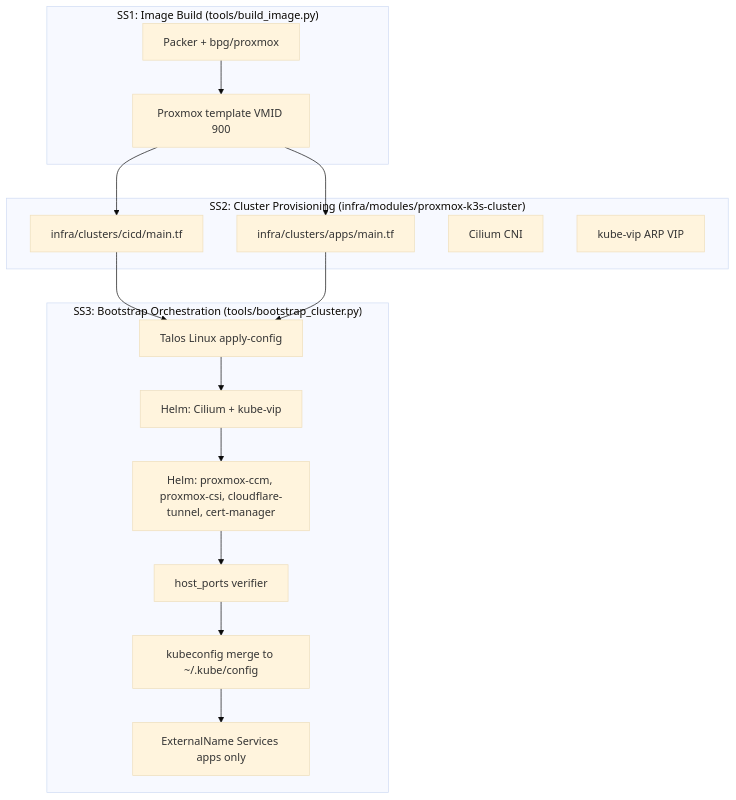
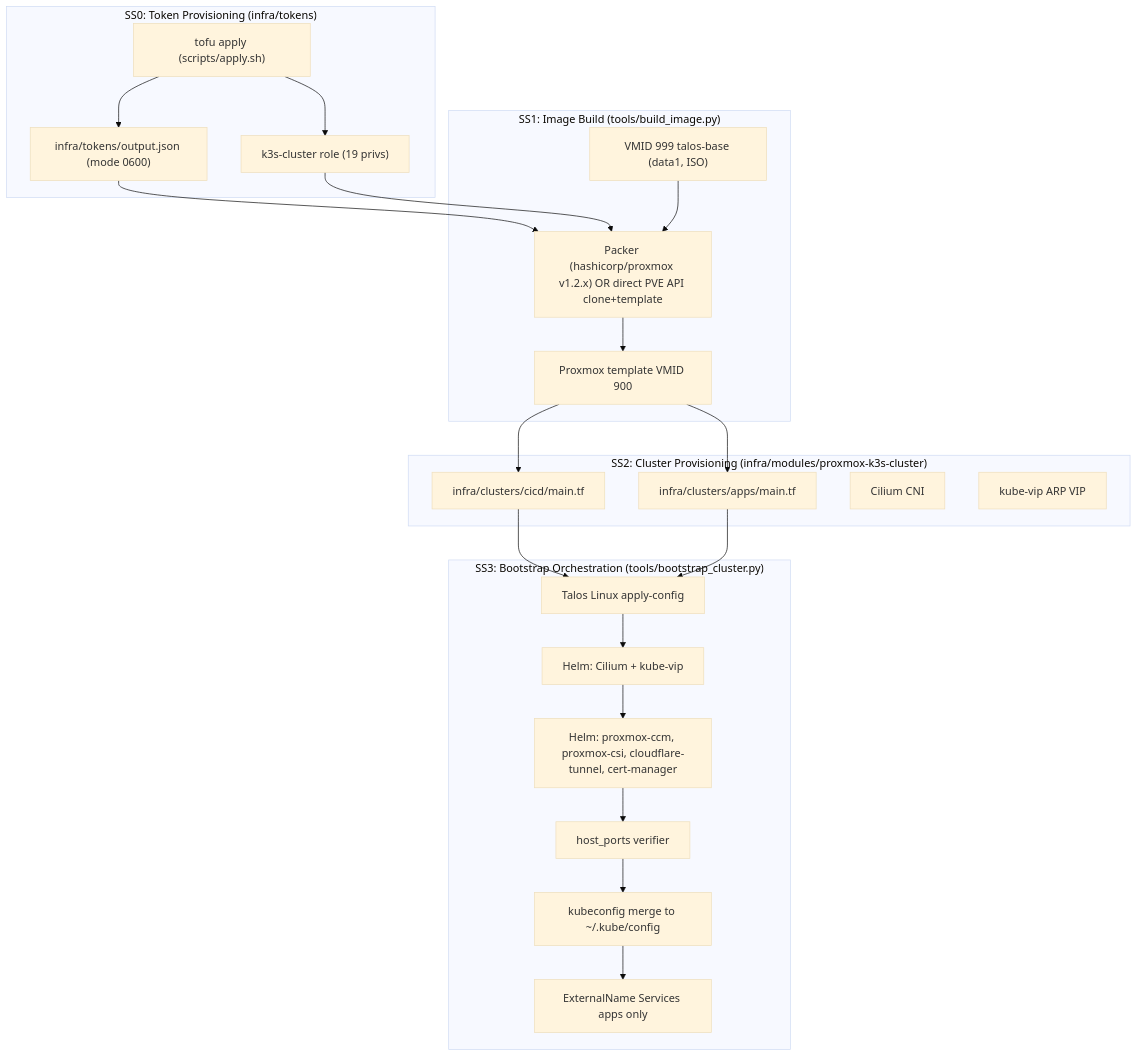
The first of 2 diagrams in docs/architecture.md (bruj0/proxmox-k8s-cicd), drawn with Mermaid (base theme) before and after one commit. The commit also changed other lines of this file and 6 other files, not shown here.

````diff
--- a/docs/architecture.md
+++ b/docs/architecture.md
@@ -14,34 +14,46 @@
 ```mermaid
 flowchart TB
+  subgraph SS0["SS0: Token Provisioning (infra/tokens)"]
+    TofuTokens["tofu apply (scripts/apply.sh)"]
+    Role19["k3s-cluster role (19 privs)"]
+    OutputJson["infra/tokens/output.json (mode 0600)"]
+  end
+
   subgraph SS1["SS1: Image Build (tools/build_image.py)"]
-    Packer[Packer + bpg/proxmox]
+    TalosBase["VMID 999 talos-base (data1, ISO)"]
+    Packer["Packer (hashicorp/proxmox v1.2.x) OR direct PVE API clone+template"]
     Template[Proxmox template VMID 900]
   end
 
   subgraph SS2["SS2: Cluster Provisioning (infra/modules/proxmox-k3s-cluster)"]
     TofuCicd[infra/clusters/cicd/main.tf]
     TofuApps[infra/clusters/apps/main.tf]
     Cilium[Cilium CNI]
     KubeVip[kube-vip ARP VIP]
   end
 
   subgraph SS3["SS3: Bootstrap Orchestration (tools/bootstrap_cluster.py)"]
     Talos[Talos Linux apply-config]
     HelmFirstTwo[Helm: Cilium + kube-vip]
     HelmRemaining[Helm: proxmox-ccm, proxmox-csi, cloudflare-tunnel, cert-manager]
     HostPorts[host_ports verifier]
     Kubeconfig[kubeconfig merge to ~/.kube/config]
     ExternalName[ExternalName Services apps only]
   end
 
+  TofuTokens --> OutputJson
+  TofuTokens --> Role19
+  OutputJson --> Packer
+  Role19 --> Packer
+  TalosBase --> Packer
   Packer --> Template
   Template --> TofuCicd
   Template --> TofuApps
   TofuCicd --> Talos
   TofuApps --> Talos
   Talos --> HelmFirstTwo
   HelmFirstTwo --> HelmRemaining
   HelmRemaining --> HostPorts
   HostPorts --> Kubeconfig
   Kubeconfig --> ExternalName
 ```
````
